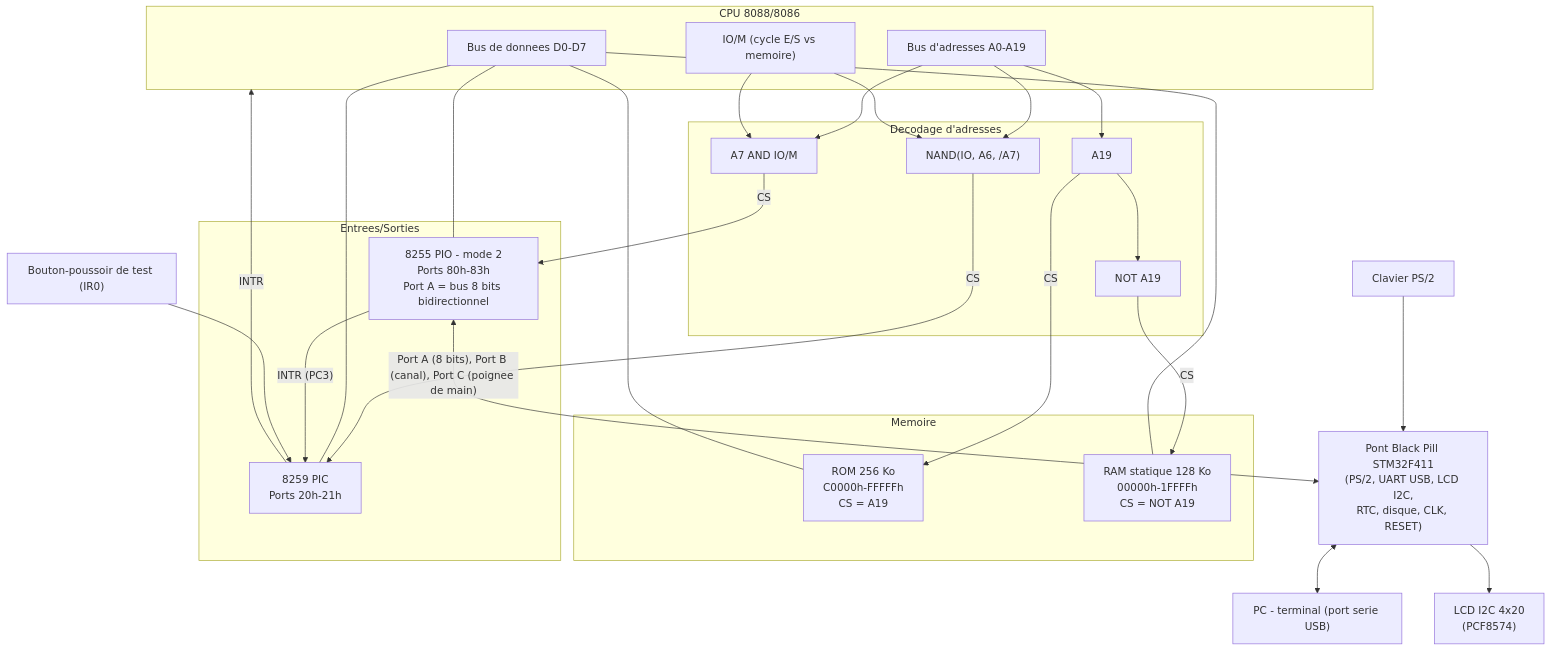
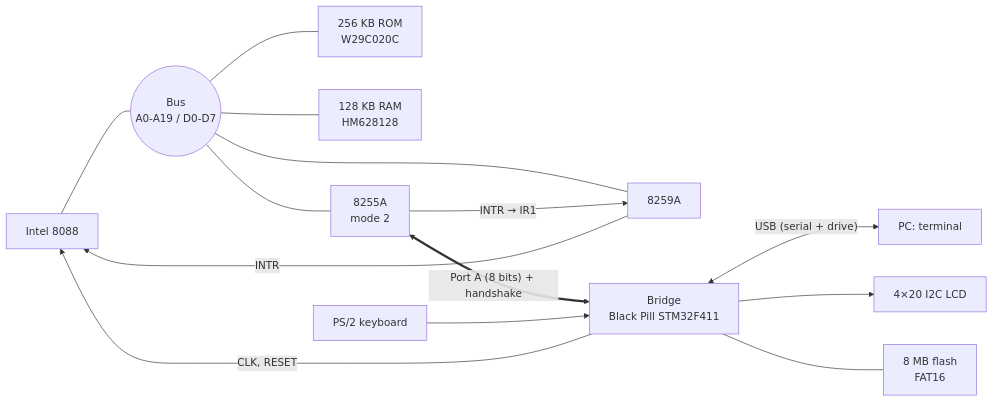
The diagram in README.md (ve2cuy/breadboard-PC), drawn with Mermaid before and after one commit. The commit also changed other lines of this file and 5 other files, not shown here.

````diff
--- a/README.md
+++ b/README.md
@@ -106,56 +49,16 @@
 ```mermaid
-flowchart TD
-    subgraph CPU["CPU 8088/8086"]
-        AB["Bus d'adresses A0-A19"]
-        DB["Bus de donnees D0-D7"]
-        IOM["IO/M (cycle E/S vs memoire)"]
-    end
-
-    subgraph DEC["Decodage d'adresses"]
-        A19G["A19"]
-        NOTA19["NOT A19"]
-        A7IO["A7 AND IO/M"]
-        PICCS["NAND(IO, A6, /A7)"]
-    end
-
-    subgraph MEM["Memoire"]
-        ROM["ROM 256 Ko\nC0000h-FFFFFh\nCS = A19"]
-        RAM["RAM statique 128 Ko\n00000h-1FFFFh\nCS = NOT A19"]
-    end
-
-    subgraph IOBLK["Entrees/Sorties"]
-        PIO["8255 PIO - mode 2\nPorts 80h-83h\nPort A = bus 8 bits bidirectionnel"]
-        PIC["8259 PIC\nPorts 20h-21h"]
-    end
-
-    ARD["Pont Black Pill STM32F411\n(PS/2, UART USB, LCD I2C,\nRTC, disque, CLK, RESET)"]
-    PS2["Clavier PS/2"]
-    PC["PC - terminal (port serie USB)"]
-    LCD["LCD I2C 4x20\n(PCF8574)"]
-    BTN["Bouton-poussoir de test (IR0)"]
-
-    AB --> A19G
-    A19G --> NOTA19
-    AB --> A7IO
-    IOM --> A7IO
-    AB --> PICCS
-    IOM --> PICCS
-
-    A19G -->|CS| ROM
-    NOTA19 -->|CS| RAM
-    A7IO -->|CS| PIO
-    PICCS -->|CS| PIC
-
-    DB --- ROM
-    DB --- RAM
-    DB --- PIO
-    DB --- PIC
-
-    PIO <-->|"Port A (8 bits), Port B (canal), Port C (poignee de main)"| ARD
-    PIO -->|"INTR (PC3)"| PIC
-    BTN --> PIC
-    PIC -->|INTR| CPU
-    PS2 --> ARD
-    ARD <--> PC
-    ARD --> LCD
+flowchart LR
+    CPU["Intel 8088"] --- BUS(("Bus<br>A0-A19 / D0-D7"))
+    BUS --- ROM["256 KB ROM<br>W29C020C"]
+    BUS --- RAM["128 KB RAM<br>HM628128"]
+    BUS --- PIO["8255A<br>mode 2"]
+    BUS --- PIC["8259A"]
+    PIO -- "INTR → IR1" --> PIC
+    PIC -- INTR --> CPU
+    PIO <== "Port A (8 bits) + handshake" ==> BRIDGE["Bridge<br>Black Pill STM32F411"]
+    BRIDGE -- "CLK, RESET" --> CPU
+    KBD["PS/2 keyboard"] --> BRIDGE
+    BRIDGE <-- "USB (serial + drive)" --> PC["PC: terminal"]
+    BRIDGE --> LCD["4×20 I2C LCD"]
+    BRIDGE --- FLASH["8 MB flash<br>FAT16"]
 ```
````
